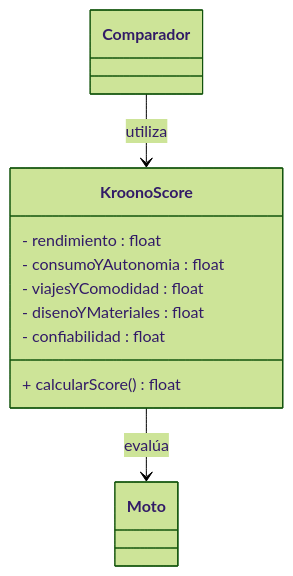
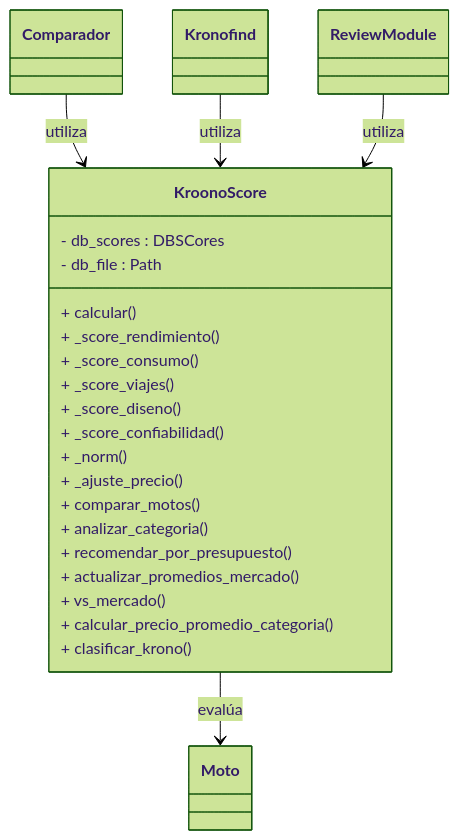
The fourth of 6 diagrams in README.md (NotName-K/proj_Lkvk), drawn with Mermaid (forest theme) before and after one commit. The commit also changed other lines of this file, not shown here.

````diff
--- a/README.md
+++ b/README.md
@@ -195,22 +193,35 @@
 ```mermaid
 classDiagram
     class KroonoScore {
-        - rendimiento : float
-        - consumoYAutonomia : float
-        - viajesYComodidad : float
-        - disenoYMateriales : float
-        - confiabilidad : float
-        + calcularScore() float
+        - db_scores : DBSCores
+        - db_file : Path
+        + calcular()
+        + _score_rendimiento()
+        + _score_consumo()
+        + _score_viajes()
+        + _score_diseno()
+        + _score_confiabilidad()
+        + _norm()
+        + _ajuste_precio()
+        + comparar_motos()
+        + analizar_categoria()
+        + recomendar_por_presupuesto()
+        + actualizar_promedios_mercado()
+        + vs_mercado()
+        + calcular_precio_promedio_categoria()
+        + clasificar_krono()
     }
 
     class Moto {
         %% Entidad principal
     }
 
     class Comparador {
         %% Sistema de comparación
     }
 
     KroonoScore --> Moto : evalúa
     Comparador --> KroonoScore : utiliza
+    Kronofind --> KroonoScore : utiliza
+    ReviewModule --> KroonoScore : utiliza
 ```
````
